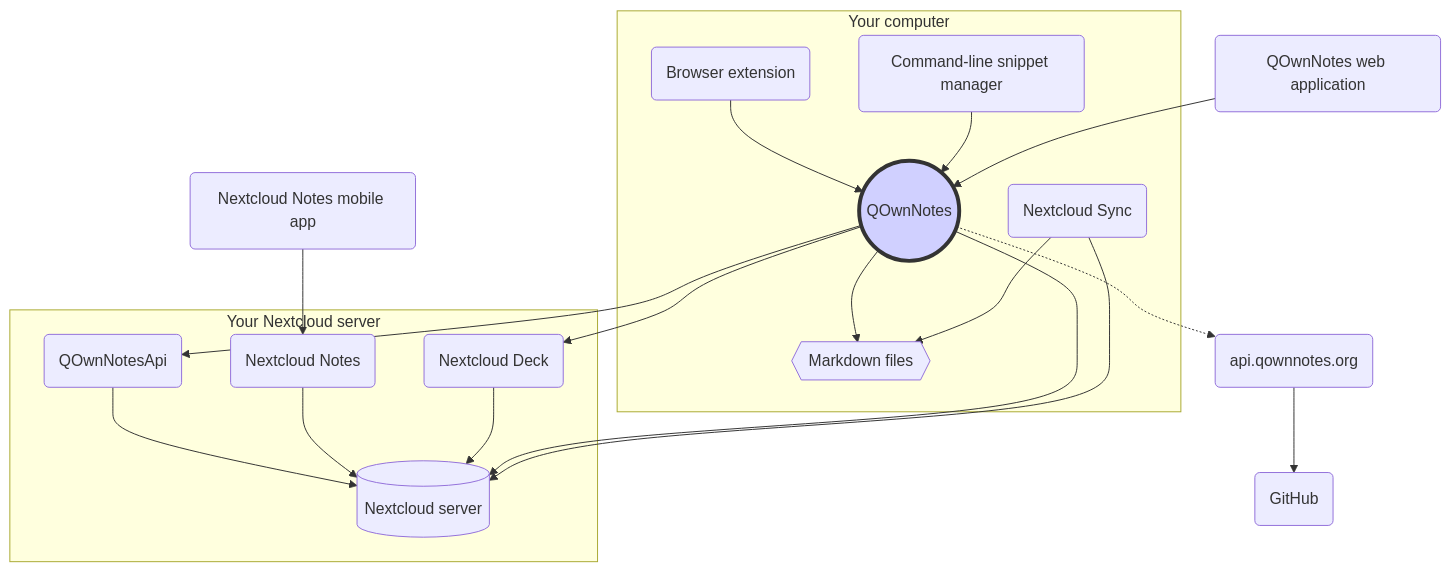
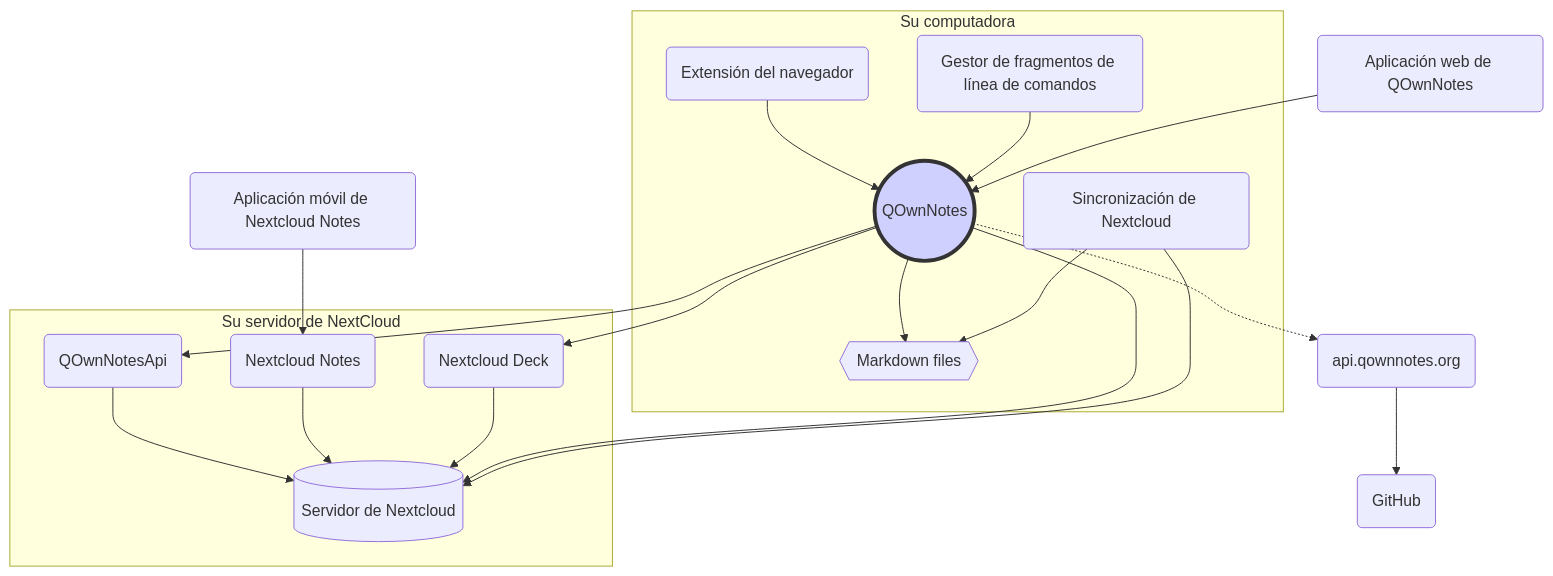
The diagram in webpage/src/es/getting-started/concept.md (pbek/QOwnNotes), drawn with Mermaid before and after one commit. The commit also changed 98 other files, not shown here.

````diff
--- a/webpage/src/es/getting-started/concept.md
+++ b/webpage/src/es/getting-started/concept.md
@@ -3,37 +3,37 @@
 ```mermaid
 graph TB
-    subgraph Your computer
+    subgraph Su computadora
         qon((QOwnNotes))-->md{{"Markdown files"}}
-        sync("Nextcloud Sync")-->md
-        qon-comp("Browser extension")-->qon
-        qc("Command-line snippet manager")-->qon
+        sync("Sincronización de Nextcloud")-->md
+        qon-comp("Extensión del navegador")-->qon
+        qc("Gestor de fragmentos de línea de comandos")-->qon
     end
-    subgraph Your Nextcloud server
-        qon-api("QOwnNotesApi")-->ncs[("Nextcloud server")]
+    subgraph Su servidor de NextCloud
+        qon-api("QOwnNotesApi")-->ncs[("Servidor de Nextcloud")]
         nc-notes-app("Nextcloud Notes")-->ncs
         nc-deck-app("Nextcloud Deck")-->ncs
     end
 
-    nc-notes-mob("Nextcloud Notes mobile app")-->nc-notes-app
-    qon-web-app("QOwnNotes web application")-->qon
+    nc-notes-mob("Aplicación móvil de Nextcloud Notes")-->nc-notes-app
+    qon-web-app("Aplicación web de QOwnNotes")-->qon
     qon-->qon-api
     qon-->ncs
     qon-->nc-deck-app
     sync-->ncs
     qon-.->qon-web-api("api.qownnotes.org")
     qon-web-api-->github("GitHub")
 
     style qon fill:#d0d0ff,stroke:#333,stroke-width:4px
-    click qon "/getting-started/concept.html#qownnotes" "QOwnNotes Desktop Application for managing your notes on your desktop computer"
-    click md "/getting-started/concept.html#markdown-note-files" "Markdown, media and attachment files in your note folder"
-    click qon-comp "/getting-started/concept.html#qownnotes-browser-extension" "QOwnNotes browser extension for managing bookmarks in markdown files and as web clipper"
-    click qc "/getting-started/concept.html#qownnotes-command-line-snippet-manager" "QOwnNotes command-line snippet manager"
-    click sync "/getting-started/concept.html#nextcloud-desktop-sync-client" "Nextcloud desktop sync client to sync your notes to your server"
-    click ncs "/getting-started/concept.html#nextcloud-server" "Nextcloud server to host your notes and other files"
-    click qon-api "/getting-started/concept.html#qownnotesapi-nextcloud-app" "QOwnNotesAPI Nextcloud app to access your server-side trash and note versions"
-    click nc-notes-app "/getting-started/concept.html#nextcloud-notes-server-app" "Nextcloud Notes server app to manage your notes in the web"
-    click nc-notes-mob "/getting-started/concept.html#nextcloud-notes-mobile-app" "Nextcloud Notes mobile app to manage your notes on your mobile phone"
-    click nc-deck-app "/getting-started/concept.html#nextcloud-deck-server-app" "Nextcloud Deck server app to manage reminders and todo lists in the web"
-    click qon-web-app "/getting-started/concept.html#qownnotes-web-app" "QOwnNotes Web App to send photos from your mobile phone"
+    click qon "/getting-started/concept.html#qownnotes" "Aplicación de escritorio QOwnNotes para gestionar sus notas en su computadora de escritorio"
+    click md "/getting-started/concept.html#markdown-note-files" "Archivos Markdown, multimedia y de adjuntos en su carpeta de notas"
+    click qon-comp "/getting-started/concept.html#qownnotes-browser-extension" "Extensión del navegador de QOwnNotes para gestionar marcadores en archivos Markdown y como recortadora web"
+    click qc "/getting-started/concept.html#qownnotes-command-line-snippet-manager" "Gestor de fragmentos de órdenes de terminal de QOwnNotes"
+    click sync "/getting-started/concept.html#nextcloud-desktop-sync-client" "Cliente de sincronización de escritorio de Nextcloud para sincronizar sus notas con su servidor"
+    click ncs "/getting-started/concept.html#nextcloud-server" "Servidor de Nextcloud para alojar sus notas y otros archivos"
+    click qon-api "/getting-started/concept.html#qownnotesapi-nextcloud-app" "Aplicación QOwnNotesAPI de Nextcloud para acceder a su papelera y versiones de notas del lado del servidor"
+    click nc-notes-app "/getting-started/concept.html#nextcloud-notes-server-app" "Aplicación del servidor de Nextcloud Notes para gestionar sus notas en la web"
+    click nc-notes-mob "/getting-started/concept.html#nextcloud-notes-mobile-app" "Aplicación móvil de Nextcloud Notes para gestionar sus notas en su teléfono móvil"
+    click nc-deck-app "/getting-started/concept.html#nextcloud-deck-server-app" "Aplicación del servidor de Nextcloud Deck para gestionar recordatorios y listas de tareas pendientes en la web"
+    click qon-web-app "/getting-started/concept.html#qownnotes-web-app" "Aplicación web de QOwnNotes para enviar fotos desde su teléfono móvil"
     click qon-web-api "/getting-started/concept.html#api-qownnotes-org"
 ```
````
